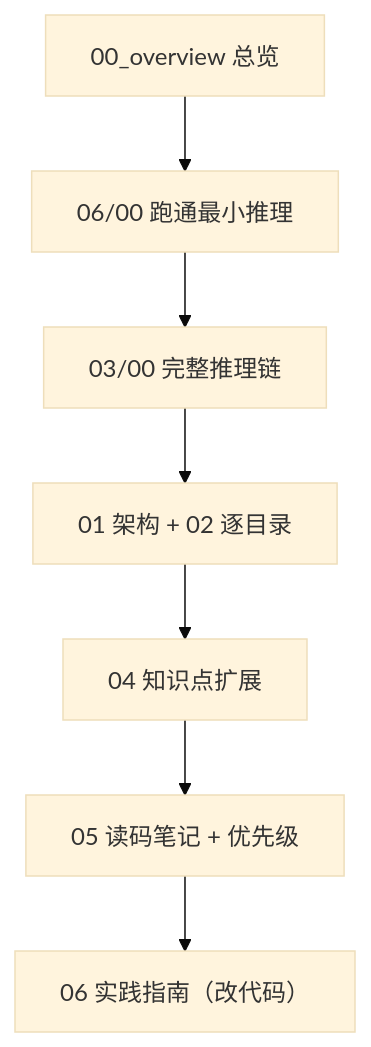
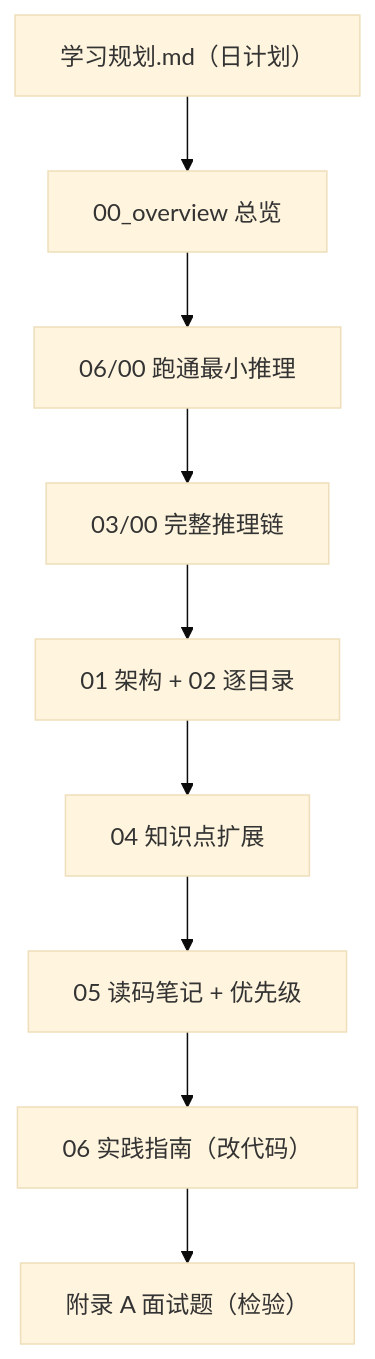
The diagram in VLM/learn_fast_video/index.md (JuShuai-gif/cuda_pytorch), drawn with Mermaid (base theme) before and after one commit. The commit also changed other lines of this file and 150 other files, not shown here.

````diff
--- a/VLM/learn_fast_video/index.md
+++ b/VLM/learn_fast_video/index.md
@@ -122,9 +123,11 @@
 ```mermaid
 graph TD
-    A["00_overview 总览"] --> B["06/00 跑通最小推理"]
-    B --> C["03/00 完整推理链"]
-    C --> D["01 架构 + 02 逐目录"]
-    D --> E["04 知识点扩展"]
-    E --> F["05 读码笔记 + 优先级"]
-    F --> G["06 实践指南（改代码）"]
+    A["学习规划.md（日计划）"] --> B["00_overview 总览"]
+    B --> C["06/00 跑通最小推理"]
+    C --> D["03/00 完整推理链"]
+    D --> E["01 架构 + 02 逐目录"]
+    E --> F["04 知识点扩展"]
+    F --> G["05 读码笔记 + 优先级"]
+    G --> H["06 实践指南（改代码）"]
+    H --> I["附录 A 面试题（检验）"]
 ```
````
